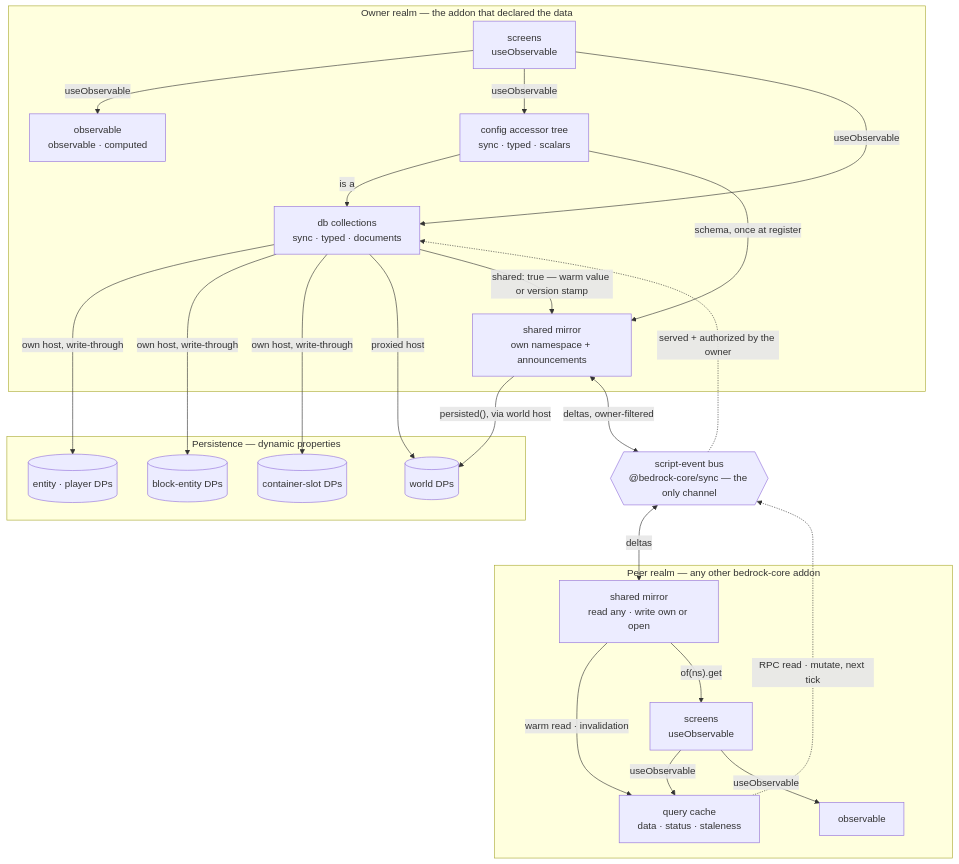
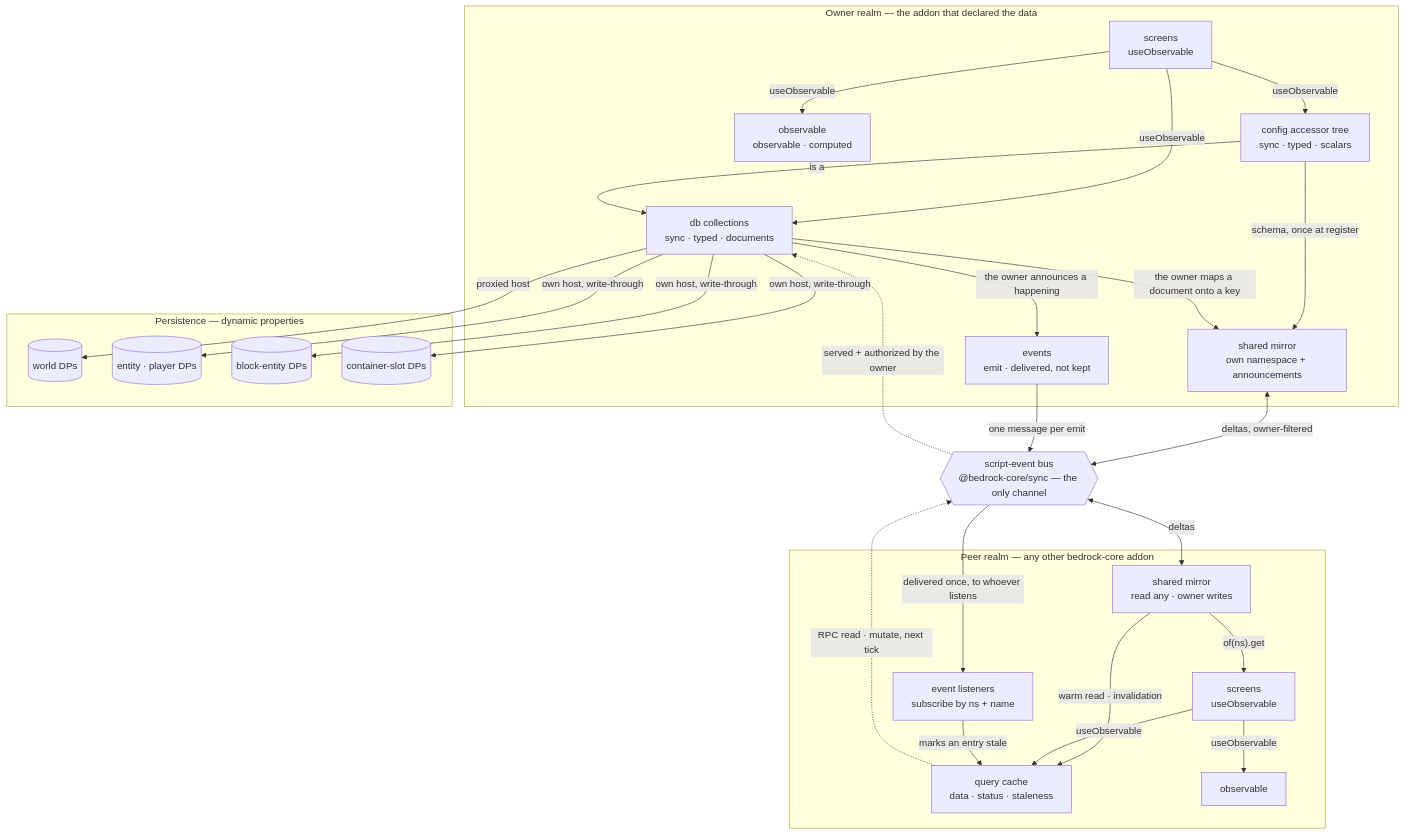
Before and after one commit to bedrock-core/server: the first of 2 diagrams in docs/08-data-flow.md, drawn with Mermaid. The commit also changed 44 other files, not shown here.

First line of the commit message:
feat(observable): add last(), an event's most recent payload as a value

````diff
--- a/docs/08-data-flow.md
+++ b/docs/08-data-flow.md
@@ -8,50 +8,55 @@
 ```mermaid
 flowchart TB
     subgraph owner["Owner realm — the addon that declared the data"]
         st1["observable<br/>observable · computed"]
         cfg["config accessor tree<br/>sync · typed · scalars"]
         col["db collections<br/>sync · typed · documents"]
         sh1["shared mirror<br/>own namespace + announcements"]
+        ev1["events<br/>emit · delivered, not kept"]
         ui1["screens<br/>useObservable"]
     end
 
     subgraph peer["Peer realm — any other bedrock-core addon"]
         q["query cache<br/>data · status · staleness"]
-        sh2["shared mirror<br/>read any · write own or open"]
+        sh2["shared mirror<br/>read any · owner writes"]
+        ev2["event listeners<br/>subscribe by ns + name"]
         st2["observable"]
         ui2["screens<br/>useObservable"]
     end
 
     bus{{"script-event bus<br/>@bedrock-core/sync — the only channel"}}
 
     subgraph dp["Persistence — dynamic properties"]
         wdp[("world DPs")]
         edp[("entity · player DPs")]
         bdp[("block-entity DPs")]
         sdp[("container-slot DPs")]
     end
 
     ui1 -->|"useObservable"| st1
     ui1 -->|"useObservable"| cfg
     ui1 -->|"useObservable"| col
     cfg -->|"is a"| col
 
     col -->|"own host, write-through"| edp
     col -->|"own host, write-through"| bdp
     col -->|"own host, write-through"| sdp
     col -->|"proxied host"| wdp
-    sh1 -->|"persisted(), via world host"| wdp
 
     cfg -->|"schema, once at register"| sh1
-    col -->|"shared: true — warm value or version stamp"| sh1
+    col -->|"the owner maps a document onto a key"| sh1
+    col -->|"the owner announces a happening"| ev1
 
     sh1 <-->|"deltas, owner-filtered"| bus
+    ev1 -->|"one message per emit"| bus
+    bus -->|"delivered once, to whoever listens"| ev2
     bus <-->|"deltas"| sh2
     sh2 -->|"warm read · invalidation"| q
     q -.->|"RPC read · mutate, next tick"| bus
     bus -.->|"served + authorized by the owner"| col
 
     ui2 -->|"useObservable"| q
     ui2 -->|"useObservable"| st2
     sh2 -->|"of(ns).get"| ui2
+    ev2 -->|"marks an entry stale"| q
 ```
````
